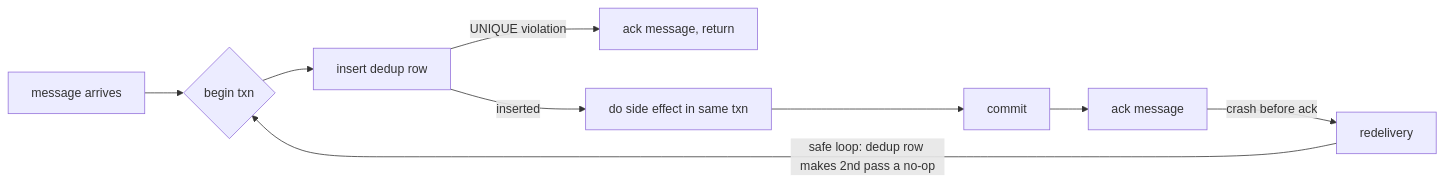
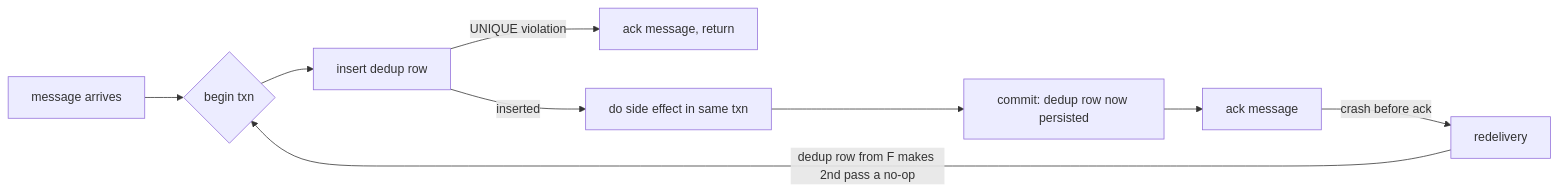
One commit to y4shb/y4shb.github.io changed the diagram in articles/15-exactly-once-myth-idempotency-buys-you.md. Above: the diagram before and after it, drawn with Mermaid. The commit also changed other lines of this file and 45 other files, not shown here.

````diff
--- a/articles/15-exactly-once-myth-idempotency-buys-you.md
+++ b/articles/15-exactly-once-myth-idempotency-buys-you.md
@@ -108,11 +110,11 @@
 ```mermaid
 flowchart LR
     A[message arrives] --> B{begin txn}
     B --> C[insert dedup row]
     C -->|UNIQUE violation| D[ack message, return]
     C -->|inserted| E[do side effect in same txn]
-    E --> F[commit]
+    E --> F[commit: dedup row now persisted]
     F --> G[ack message]
     G -->|crash before ack| H[redelivery]
-    H -->|safe loop: dedup row makes 2nd pass a no-op| B
+    H -->|dedup row from F makes 2nd pass a no-op| B
 ```
````
